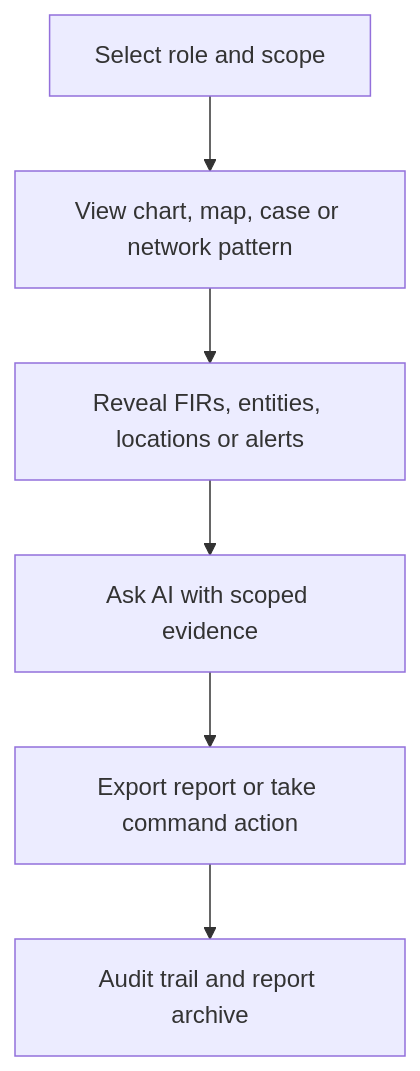
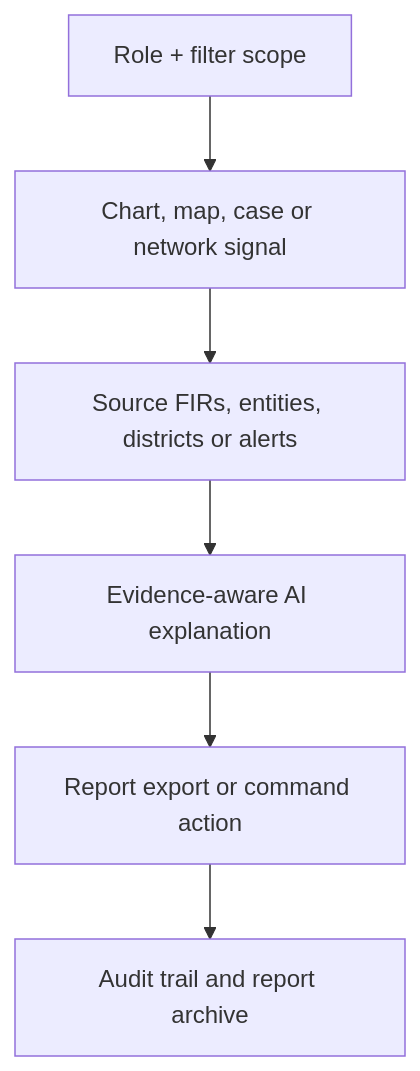
Before and after one commit to Sameer8549/NAMMAKSP: the second of 2 diagrams in README.md, drawn with Mermaid. The commit also changed other lines of this file and 1 other file, not shown here.

````diff
--- a/README.md
+++ b/README.md
@@ -146,8 +130,8 @@
 ```mermaid
 flowchart TD
-  Scope[Select role and scope] --> Pattern[View chart, map, case or network pattern]
-  Pattern --> Evidence[Reveal FIRs, entities, locations or alerts]
-  Evidence --> Assistant[Ask AI with scoped evidence]
-  Assistant --> Action[Export report or take command action]
+  Scope[Role + filter scope] --> Signal[Chart, map, case or network signal]
+  Signal --> Evidence[Source FIRs, entities, districts or alerts]
+  Evidence --> AI[Evidence-aware AI explanation]
+  AI --> Action[Report export or command action]
   Action --> Audit[Audit trail and report archive]
 ```
````
